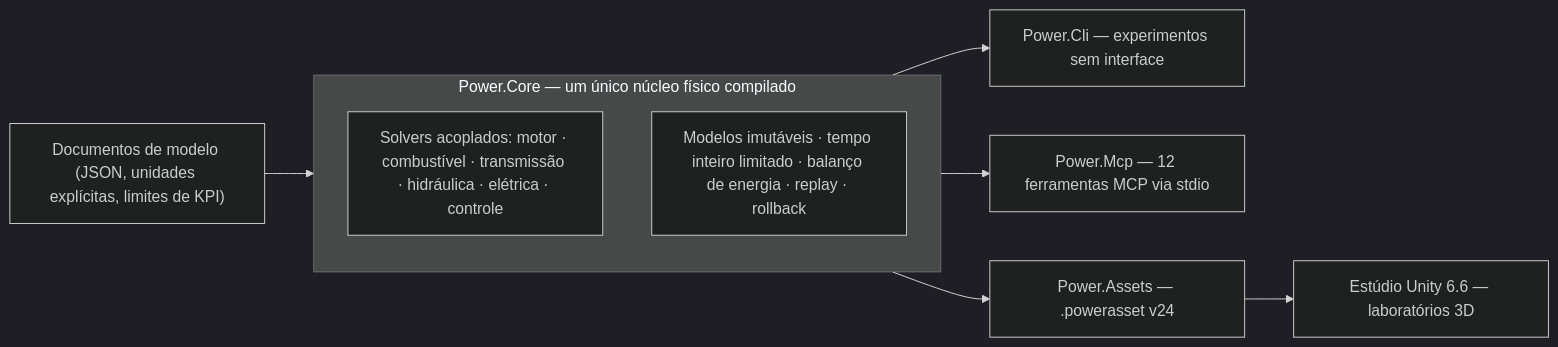
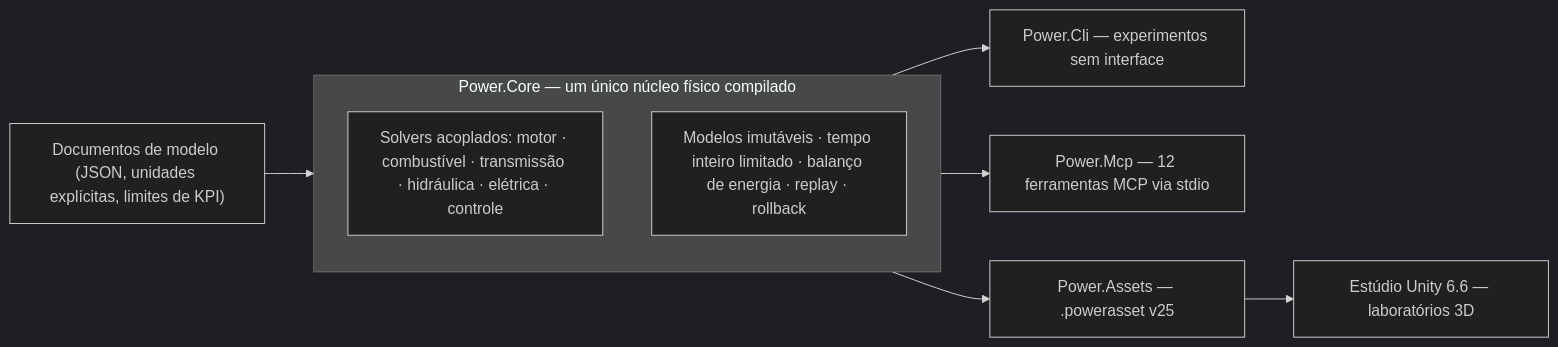
One commit to Water-Run/Power changed the diagram in README.pt-BR.md. Above: the diagram before and after it, drawn with Mermaid (dark theme). The commit also changed other lines of this file and 132 other files, not shown here.

````diff
--- a/README.pt-BR.md
+++ b/README.pt-BR.md
@@ -13,18 +13,18 @@
 ```mermaid
 flowchart LR
     model["Documentos de modelo (JSON, unidades explícitas, limites de KPI)"]
     subgraph core["Power.Core — um único núcleo físico compilado"]
         solvers["Solvers acoplados: motor · combustível · transmissão · hidráulica · elétrica · controle"]
         invariants["Modelos imutáveis · tempo inteiro limitado · balanço de energia · replay · rollback"]
     end
     cli["Power.Cli — experimentos sem interface"]
     mcp["Power.Mcp — 12 ferramentas MCP via stdio"]
-    assets["Power.Assets — .powerasset v24"]
+    assets["Power.Assets — .powerasset v25"]
     unity["Estúdio Unity 6.6 — laboratórios 3D"]
 
     model --> core
     core --> cli
     core --> mcp
     core --> assets
     assets --> unity
 ```
````
